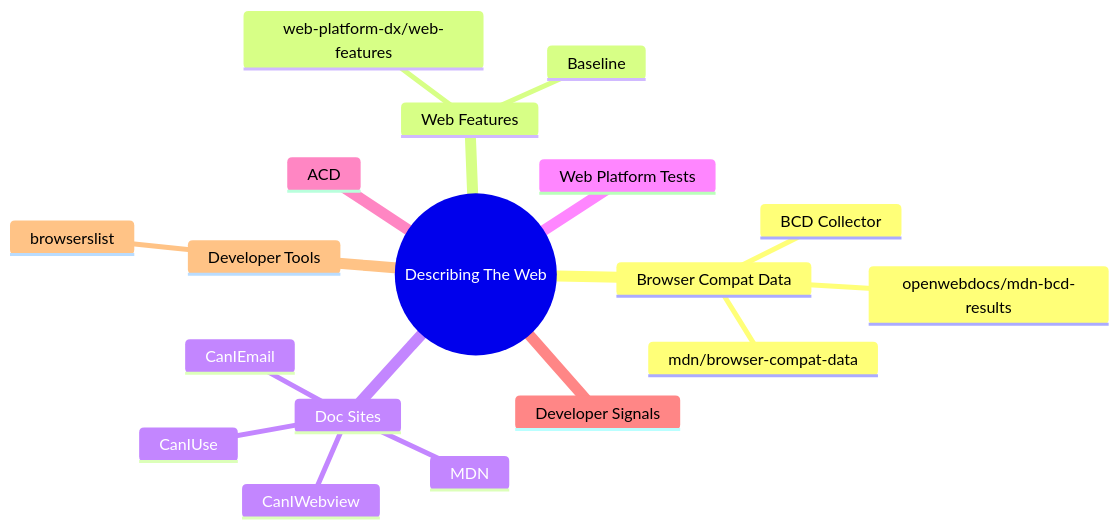
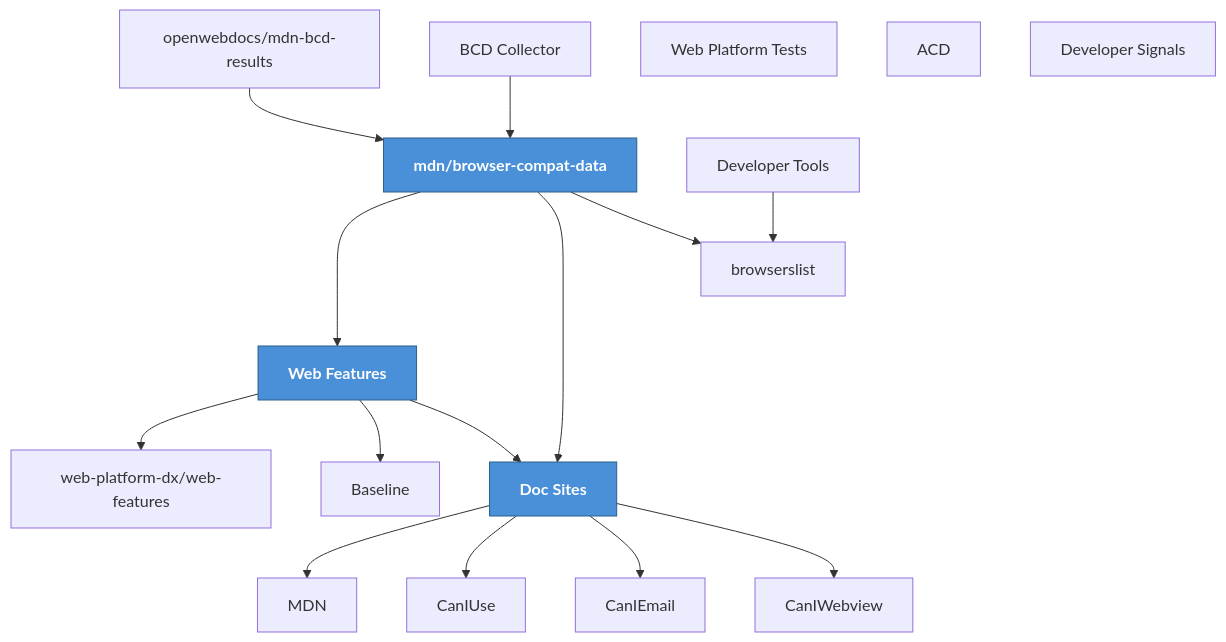
One commit to NiklasMerz/webcompat changed the diagram in README.md. Above: the diagram before and after it, drawn with Mermaid.

Commit message:
move to flowchart for showing connections

````diff
--- a/README.md
+++ b/README.md
@@ -4,21 +4,26 @@
 ```mermaid
-mindmap
-  root((Describing The Web))
-    Browser Compat Data
-      BCD Collector
-      mdn/browser-compat-data
-      openwebdocs/mdn-bcd-results
-    Web Features
-        web-platform-dx/web-features
-        Baseline
-    Doc Sites
-        MDN
-        CanIUse
-        CanIEmail
-        CanIWebview
-    Web Platform Tests
-    ACD
-    Developer Signals
-    Developer Tools
-        browserslist
+graph TD
+  BCD["mdn/browser-compat-data"]
+  bcdresults["openwebdocs/mdn-bcd-results"] --> BCD
+  BCDCollector[BCD Collector] --> BCD
+  BCD --> WebFeatures[Web Features]
+  WebFeatures --> webPlatformDX["web-platform-dx/web-features"]
+  WebFeatures --> Baseline
+  DocSites[Doc Sites]
+  DocSites --> MDN
+  DocSites --> CanIUse
+  DocSites --> CanIEmail
+  DocSites --> CanIWebview
+  WPT[Web Platform Tests]
+  ACD
+  DevSignals[Developer Signals]
+  DevTools[Developer Tools]
+  DevTools --> browserslist
+
+  BCD ----> DocSites
+  WebFeatures --> DocSites
+  BCD --> browserslist
+
+  classDef toolchain fill:#4a90d9,stroke:#2c5f8a,color:#fff,font-weight:bold
+  class BCD,WebFeatures,DocSites toolchain
 ```
````
